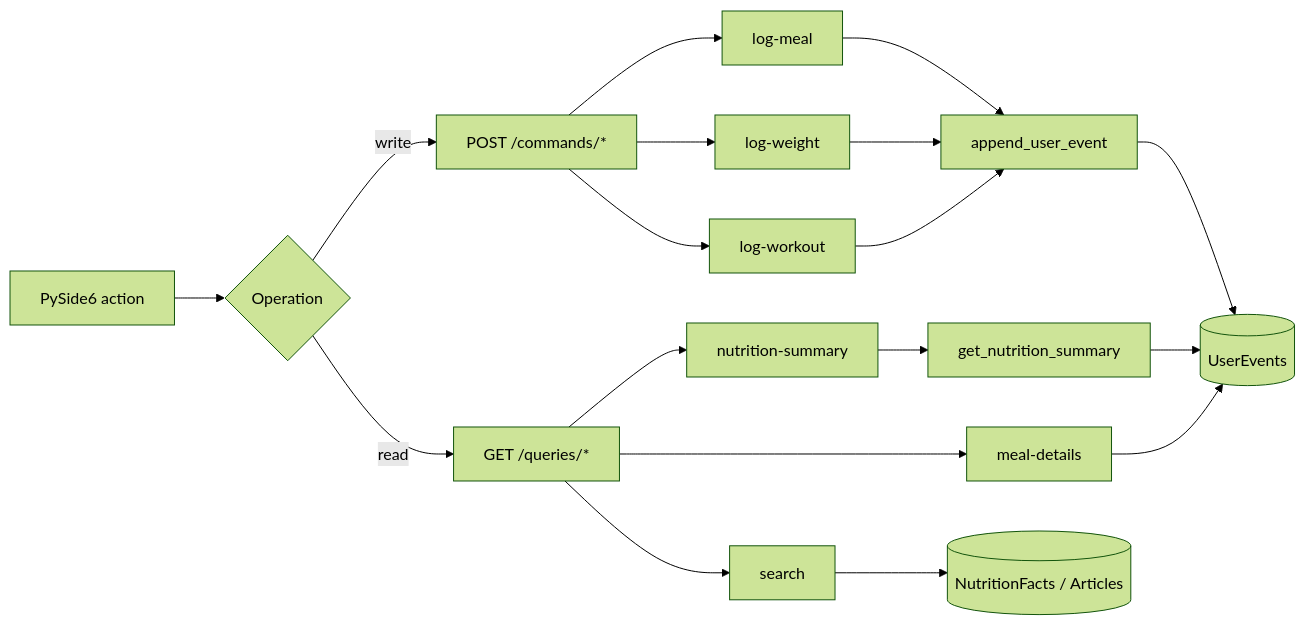
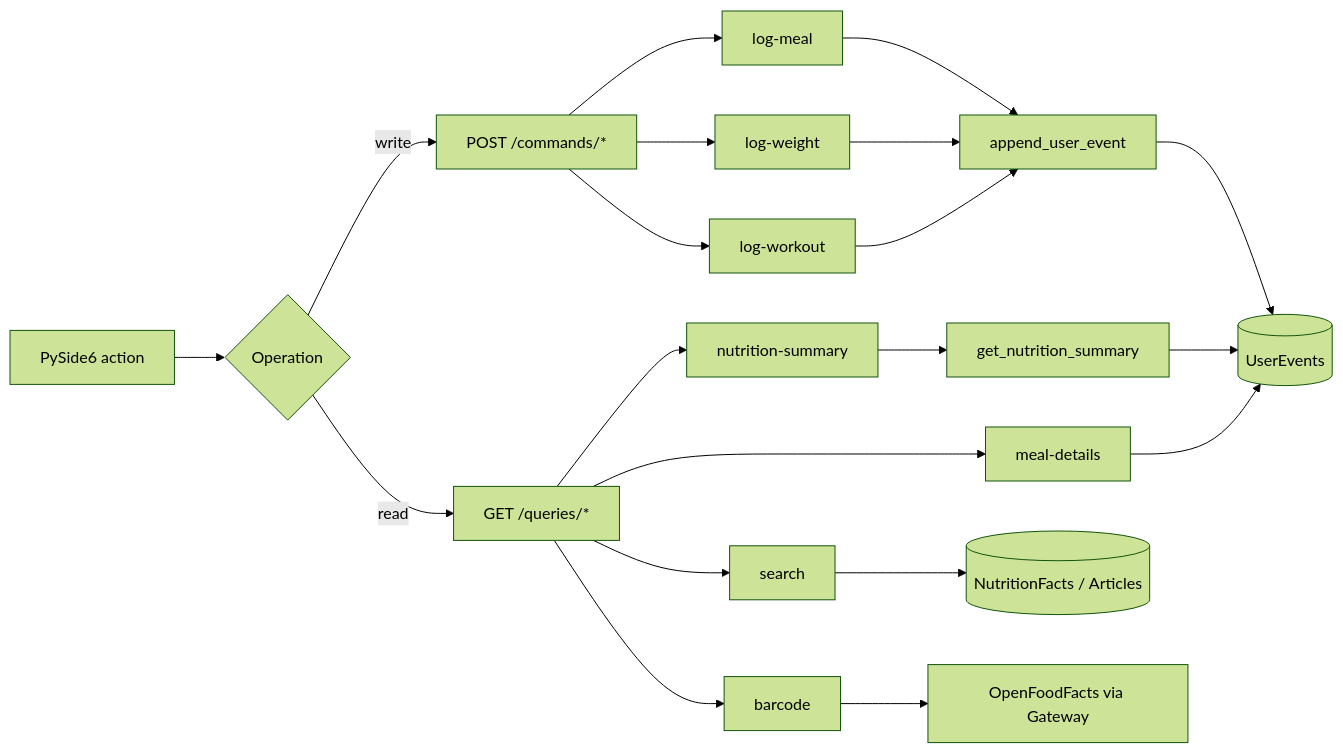
One commit to moriyakaduri/FitTrackAI changed the third of 8 diagrams in docs/ARCHITECTURE.md. Above: the diagram before and after it, drawn with Mermaid (forest theme). The commit also changed other lines of this file and 3 other files, not shown here.

Commit message:
docs: align product and architecture docs with current main

````diff
--- a/docs/ARCHITECTURE.md
+++ b/docs/ARCHITECTURE.md
@@ -75,22 +110,24 @@
 ```mermaid
 flowchart LR
     UI["PySide6 action"] --> Choice{Operation}
 
     Choice -->|write| CommandAPI["POST /commands/*"]
     CommandAPI --> Meal["log-meal"]
     CommandAPI --> Weight["log-weight"]
     CommandAPI --> Workout["log-workout"]
     Meal --> Append["append_user_event"]
     Weight --> Append
     Workout --> Append
     Append --> Events[("UserEvents")]
 
     Choice -->|read| QueryAPI["GET /queries/*"]
     QueryAPI --> Summary["nutrition-summary"]
     QueryAPI --> Details["meal-details"]
     QueryAPI --> Search["search"]
+    QueryAPI --> Barcode["barcode"]
     Summary --> Projection["get_nutrition_summary"]
     Projection --> Events
     Details --> Events
     Search --> Reference[("NutritionFacts / Articles")]
+    Barcode --> Gateway["OpenFoodFacts via Gateway"]
 ```
````
